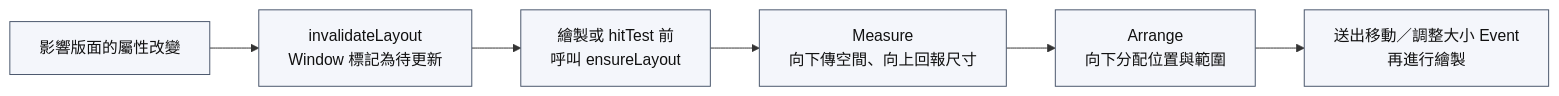
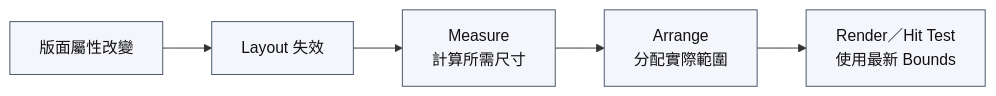
One commit to YuanOwO/CG-hw1-paint changed the diagram in docs/figures-src/app_a_layout-flow.mmd. Above: the diagram before and after it, drawn with Mermaid. The commit also changed 42 other files, not shown here.

First line of the commit message:
docs: 重整報告內容並更新圖表資源

```diff
--- a/docs/figures-src/app_a_layout-flow.mmd
+++ b/docs/figures-src/app_a_layout-flow.mmd
@@ -1,9 +1,8 @@
 flowchart LR
-    change[影響版面的屬性改變] --> invalidate[invalidateLayout<br/>Window 標記為待更新]
-    invalidate --> ensure[繪製或 hitTest 前<br/>呼叫 ensureLayout]
-    ensure --> measure[Measure<br/>向下傳空間、向上回報尺寸]
-    measure --> arrange[Arrange<br/>向下分配位置與範圍]
-    arrange --> render[送出移動／調整大小 Event<br/>再進行繪製]
+    change[版面屬性改變] --> invalid[Layout 失效]
+    invalid --> measure[Measure<br/>計算所需尺寸]
+    measure --> arrange[Arrange<br/>分配實際範圍]
+    arrange --> ready[Render／Hit Test<br/>使用最新 Bounds]
 
     classDef step fill:#f4f6fb,stroke:#49566b,color:#111,stroke-width:1px;
-    class change,invalidate,ensure,measure,arrange,render step;
+    class change,invalid,measure,arrange,ready step;
```
